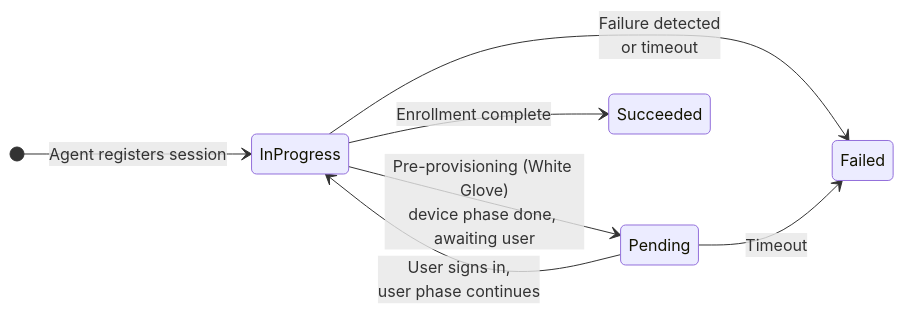
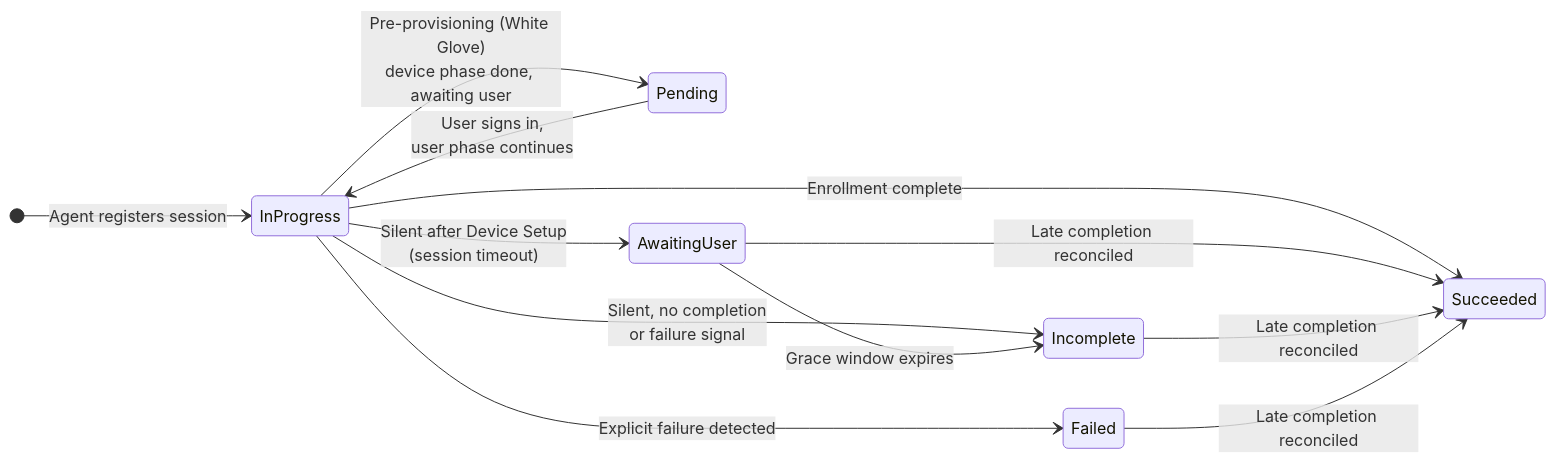
Before and after one commit to autopilotmonitor/autopilotmonitor-docs: the diagram in concepts/sessions-and-statuses.md, drawn with Mermaid. The commit also changed other lines of this file and 9 other files, not shown here.

````diff
--- a/concepts/sessions-and-statuses.md
+++ b/concepts/sessions-and-statuses.md
@@ -17,10 +17,15 @@
 ```mermaid
 stateDiagram-v2
     direction LR
     [*] --> InProgress: Agent registers session
     InProgress --> Pending: Pre-provisioning (White Glove)<br/>device phase done, awaiting user
     Pending --> InProgress: User signs in,<br/>user phase continues
     InProgress --> Succeeded: Enrollment complete
-    InProgress --> Failed: Failure detected<br/>or timeout
-    Pending --> Failed: Timeout
+    InProgress --> Failed: Explicit failure detected
+    InProgress --> AwaitingUser: Silent after Device Setup<br/>(session timeout)
+    InProgress --> Incomplete: Silent, no completion<br/>or failure signal
+    AwaitingUser --> Succeeded: Late completion reconciled
+    AwaitingUser --> Incomplete: Grace window expires
+    Incomplete --> Succeeded: Late completion reconciled
+    Failed --> Succeeded: Late completion reconciled
 ```
````
